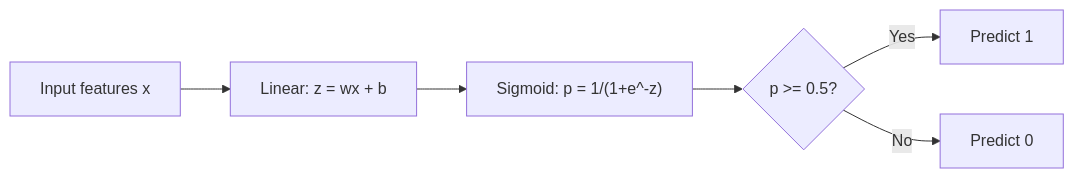
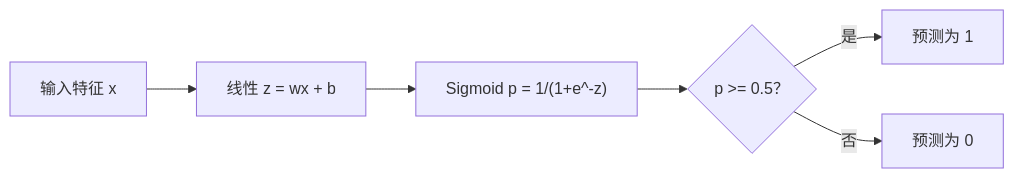
Before and after one commit to JerryC8080/ai-engineering-from-scratch-zh: the first of 2 diagrams in phases/02-ml-fundamentals/03-logistic-regression/docs/zh.md, drawn with Mermaid. The commit also changed other lines of this file and 156 other files, not shown here.

First line of the commit message:
i18n(zh): translate mermaid diagram labels in 157 lesson zh.md

````diff
--- a/phases/02-ml-fundamentals/03-logistic-regression/docs/zh.md
+++ b/phases/02-ml-fundamentals/03-logistic-regression/docs/zh.md
@@ -66,8 +66,8 @@
 ```mermaid
 flowchart LR
-    X[Input features x] --> L["Linear: z = wx + b"]
-    L --> S["Sigmoid: p = 1/(1+e^-z)"]
-    S --> D{"p >= 0.5?"}
-    D -->|Yes| P[Predict 1]
-    D -->|No| N[Predict 0]
+    X[输入特征 x] --> L["线性 z = wx + b"]
+    L --> S["Sigmoid p = 1/(1+e^-z)"]
+    S --> D{"p >= 0.5？"}
+    D -->|是| P[预测为 1]
+    D -->|否| N[预测为 0]
 ```
````
